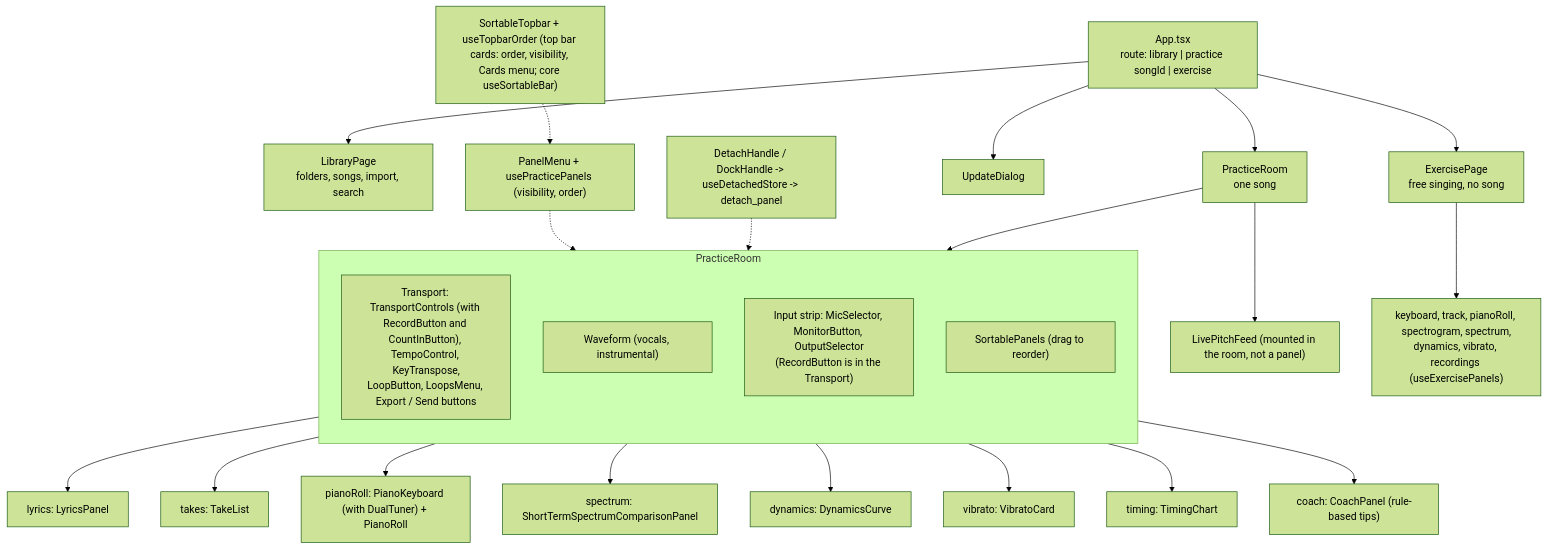
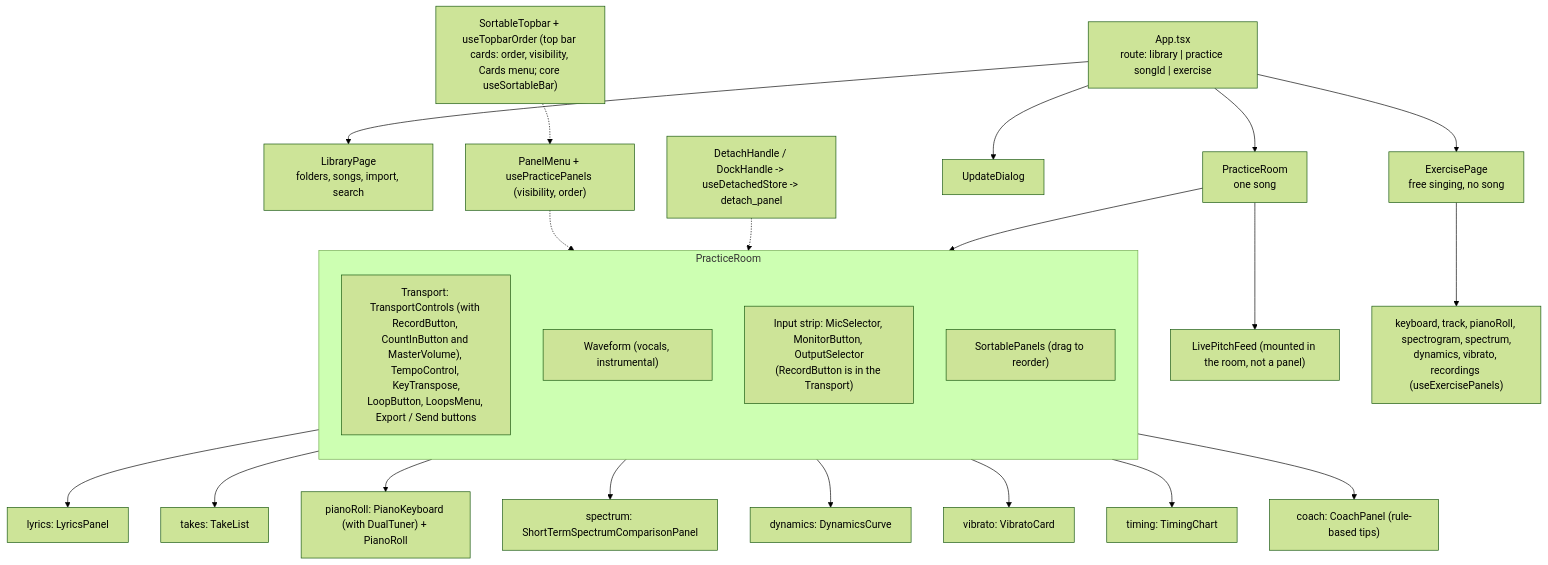
One commit to giamat90/vps changed the second of 13 diagrams in wiki/uml.md. Above: the diagram before and after it, drawn with Mermaid (forest theme). The commit also changed 10 other files, not shown here.

First line of the commit message:
feat: a master volume in the transport bar

````diff
--- a/wiki/uml.md
+++ b/wiki/uml.md
@@ -70,34 +70,34 @@
 ```mermaid
 flowchart TB
     APP["App.tsx<br/>route: library | practice songId | exercise"]
     APP --> LP["LibraryPage<br/>folders, songs, import, search"]
     APP --> PR["PracticeRoom<br/>one song"]
     APP --> EP["ExercisePage<br/>free singing, no song"]
     APP --> UD["UpdateDialog"]
 
     subgraph pr["PracticeRoom"]
         direction TB
-        TOP["Transport: TransportControls (with RecordButton and CountInButton), TempoControl, KeyTranspose,<br/>LoopButton, LoopsMenu, Export / Send buttons"]
+        TOP["Transport: TransportControls (with RecordButton, CountInButton and MasterVolume), TempoControl, KeyTranspose,<br/>LoopButton, LoopsMenu, Export / Send buttons"]
         WF["Waveform (vocals, instrumental)"]
         REC["Input strip: MicSelector, MonitorButton, OutputSelector<br/>(RecordButton is in the Transport)"]
         SP["SortablePanels (drag to reorder)"]
     end
     PR --> pr
     PR --> LPFC["LivePitchFeed (mounted in the room, not a panel)"]
     SP --> P1["lyrics: LyricsPanel"]
     SP --> P2["takes: TakeList"]
     SP --> P3["pianoRoll: PianoKeyboard (with DualTuner) + PianoRoll"]
     SP --> P4["spectrum: ShortTermSpectrumComparisonPanel"]
     SP --> P5["dynamics: DynamicsCurve"]
     SP --> P6["vibrato: VibratoCard"]
     SP --> P7["timing: TimingChart"]
     SP --> P8["coach: CoachPanel (rule-based tips)"]
 
     PM["PanelMenu + usePracticePanels (visibility, order)"]
     TB["SortableTopbar + useTopbarOrder (top bar cards: order, visibility, Cards menu; core useSortableBar)"]
     TB -.-> PM
     DH["DetachHandle / DockHandle -> useDetachedStore -> detach_panel"]
     PM -.-> SP
     DH -.-> SP
     EP --> E1["keyboard, track, pianoRoll, spectrogram, spectrum,<br/>dynamics, vibrato, recordings (useExercisePanels)"]
 ```
````
